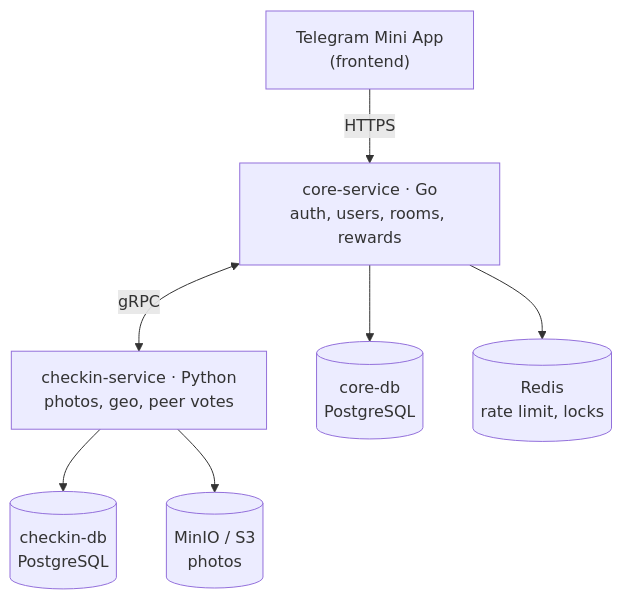
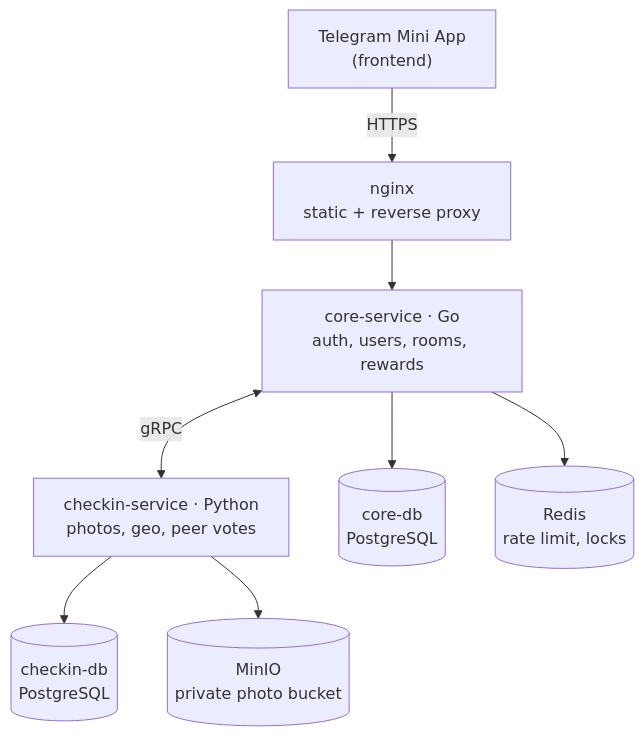
Before and after one commit to kosttiik/BuddyGym: the diagram in README.md, drawn with Mermaid. The commit also changed other lines of this file and 18 other files, not shown here.

Commit message:
add multi-room checkins and private photo access: one upload shared across rooms, authorized photo streaming, 14d retention

````diff
--- a/README.md
+++ b/README.md
@@ -7,17 +7,19 @@
 ```mermaid
 flowchart TB
     tma["Telegram Mini App<br>(frontend)"]
+    nginx["nginx<br>static + reverse proxy"]
     core["core-service · Go<br>auth, users, rooms, rewards"]
     checkin["checkin-service · Python<br>photos, geo, peer votes"]
     coredb[("core-db<br>PostgreSQL")]
     redis[("Redis<br>rate limit, locks")]
     checkindb[("checkin-db<br>PostgreSQL")]
-    s3[("MinIO / S3<br>photos")]
+    s3[("MinIO<br>private photo bucket")]
 
-    tma -- HTTPS --> core
+    tma -- HTTPS --> nginx
+    nginx --> core
     core <-- gRPC --> checkin
     core --> coredb
     core --> redis
     checkin --> checkindb
     checkin --> s3
 ```
````
